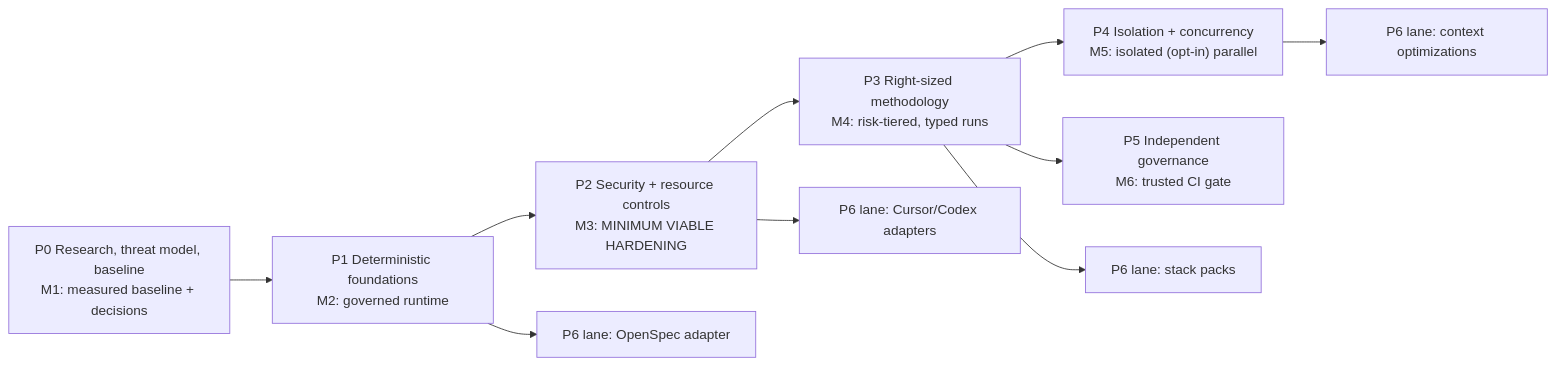
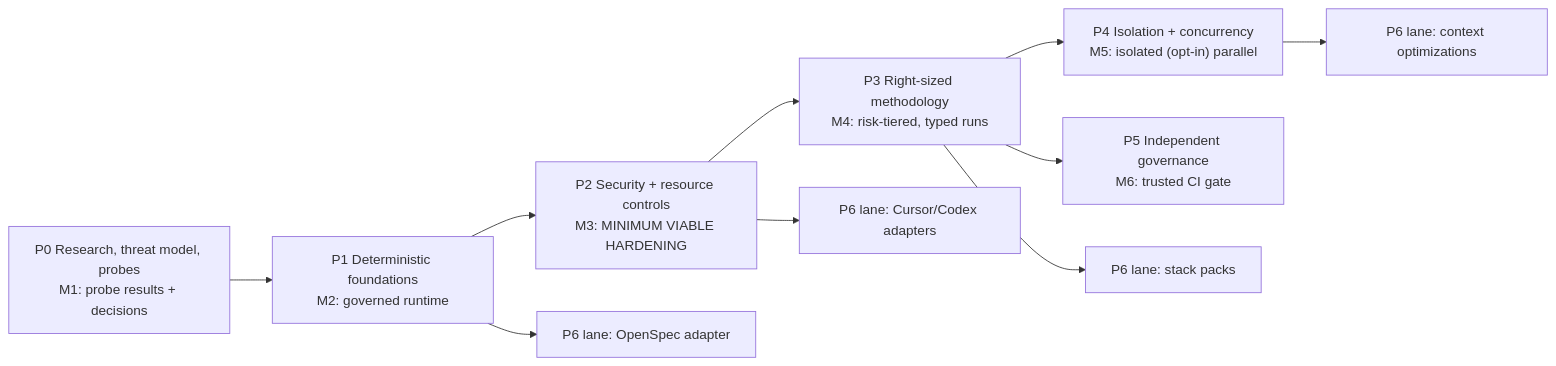
Before and after one commit to iamjcabalejo/daedalus: diagram 12 of 12 in docs/plans/daedalus-hardening-roadmap.md, drawn with Mermaid. The commit also changed other lines of this file and 492 other files, not shown here.

````diff
--- a/docs/plans/daedalus-hardening-roadmap.md
+++ b/docs/plans/daedalus-hardening-roadmap.md
@@ -1442,12 +1487,12 @@
 ```mermaid
 flowchart LR
-  P0["P0 Research, threat model, baseline<br/>M1: measured baseline + decisions"] --> P1["P1 Deterministic foundations<br/>M2: governed runtime"]
+  P0["P0 Research, threat model, probes<br/>M1: probe results + decisions"] --> P1["P1 Deterministic foundations<br/>M2: governed runtime"]
   P1 --> P2["P2 Security + resource controls<br/>M3: MINIMUM VIABLE HARDENING"]
   P2 --> P3["P3 Right-sized methodology<br/>M4: risk-tiered, typed runs"]
   P3 --> P4["P4 Isolation + concurrency<br/>M5: isolated (opt-in) parallel"]
   P3 --> P5["P5 Independent governance<br/>M6: trusted CI gate"]
   P2 --> P6a["P6 lane: Cursor/Codex adapters"]
   P3 --> P6b["P6 lane: stack packs"]
   P1 --> P6c["P6 lane: OpenSpec adapter"]
   P4 --> P6d["P6 lane: context optimizations"]
 ```
````
